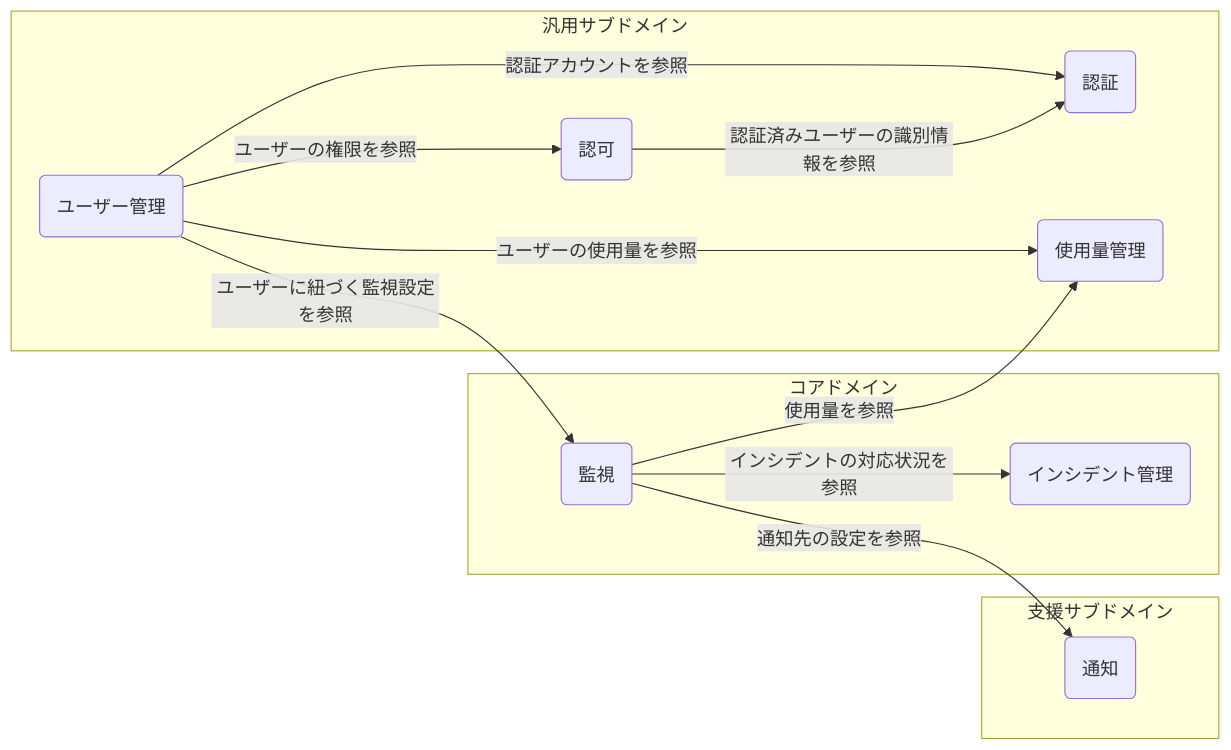
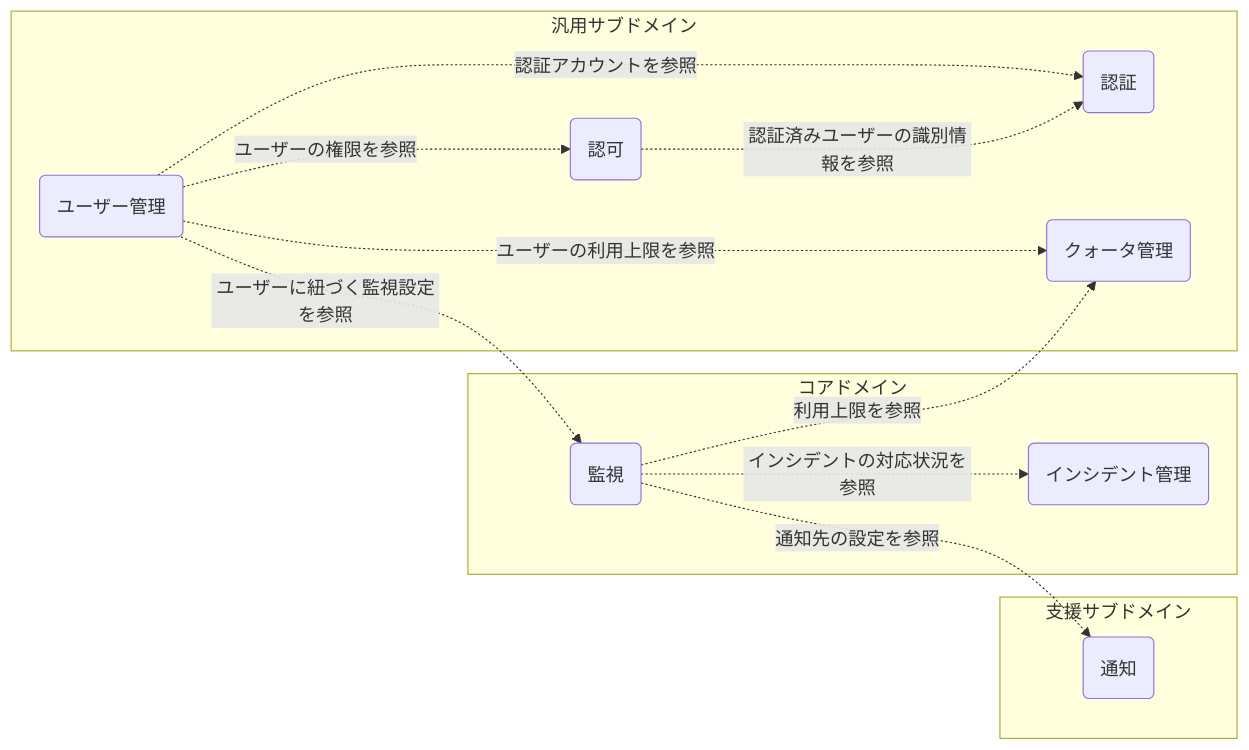
The first of 7 diagrams in docs/software/software_application_architecture_backend_domain_driven_design.md (hiroki-it/tech-notebook), drawn with Mermaid before and after one commit. The commit also changed other lines of this file, not shown here.

````diff
--- a/docs/software/software_application_architecture_backend_domain_driven_design.md
+++ b/docs/software/software_application_architecture_backend_domain_driven_design.md
@@ -436,25 +484,25 @@
 ```mermaid
 flowchart LR
   subgraph core["コアドメイン"]
     monitoring("監視")
     incident("インシデント管理")
   end
   subgraph supporting["支援サブドメイン"]
     notification("通知")
   end
   subgraph generic["汎用サブドメイン"]
     userManagement("ユーザー管理")
     authentication("認証")
     authorization("認可")
-    usageManagement("使用量管理")
+    quotaManagement("クォータ管理")
   end
 
-  monitoring -->|使用量を参照| usageManagement
-  monitoring -->|インシデントの対応状況を参照| incident
-  monitoring -->|通知先の設定を参照| notification
-  userManagement -->|認証アカウントを参照| authentication
-  userManagement -->|ユーザーの権限を参照| authorization
-  userManagement -->|ユーザーに紐づく監視設定を参照| monitoring
-  userManagement -->|ユーザーの使用量を参照| usageManagement
-  authorization -->|認証済みユーザーの識別情報を参照| authentication
+  monitoring -.->|利用上限を参照| quotaManagement
+  monitoring -.->|インシデントの対応状況を参照| incident
+  monitoring -.->|通知先の設定を参照| notification
+  userManagement -.->|認証アカウントを参照| authentication
+  userManagement -.->|ユーザーの権限を参照| authorization
+  userManagement -.->|ユーザーに紐づく監視設定を参照| monitoring
+  userManagement -.->|ユーザーの利用上限を参照| quotaManagement
+  authorization -.->|認証済みユーザーの識別情報を参照| authentication
 ```
````
